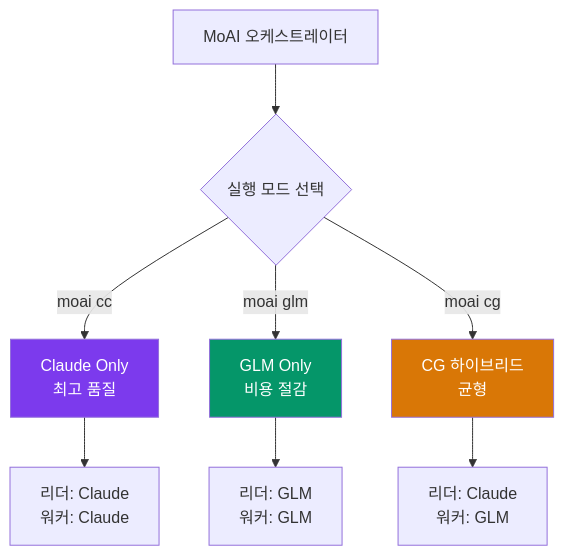
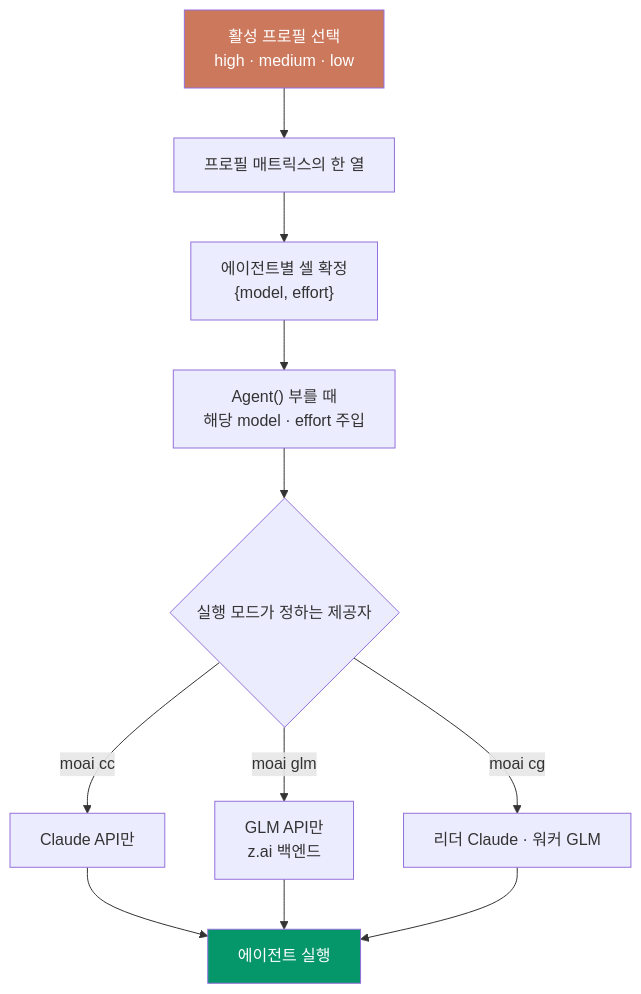
Before and after one commit to modu-ai/moai-adk: the diagram in docs-site/content/ko/multi-llm/_index.md, drawn with Mermaid. The commit also changed other lines of this file and 4 other files, not shown here.

````diff
--- a/docs-site/content/ko/multi-llm/_index.md
+++ b/docs-site/content/ko/multi-llm/_index.md
@@ -61,15 +127,16 @@
 ```mermaid
-graph TD
-    A["MoAI 오케스트레이터"] --> B{"실행 모드 선택"}
-    B -->|"moai cc"| C["Claude Only<br/>최고 품질"]
-    B -->|"moai glm"| D["GLM Only<br/>비용 절감"]
-    B -->|"moai cg"| E["CG 하이브리드<br/>균형"]
+flowchart TD
+    A["활성 프로필 선택<br/>high · medium · low"] --> B["프로필 매트릭스의 한 열"]
+    B --> C["에이전트별 셀 확정<br/>{model, effort}"]
+    C --> D["Agent() 부를 때<br/>해당 model · effort 주입"]
+    D --> E{"실행 모드가 정하는 제공자"}
+    E -->|"moai cc"| F["Claude API만"]
+    E -->|"moai glm"| G["GLM API만<br/>z.ai 백엔드"]
+    E -->|"moai cg"| H["리더 Claude · 워커 GLM"]
+    F --> I["에이전트 실행"]
+    G --> I
+    H --> I
 
-    C --> F["리더: Claude<br/>워커: Claude"]
-    D --> G["리더: GLM<br/>워커: GLM"]
-    E --> H["리더: Claude<br/>워커: GLM"]
-
-    style C fill:#7C3AED,color:#fff
-    style D fill:#059669,color:#fff
-    style E fill:#D97706,color:#fff
+    style A fill:#cc785c,color:#fff
+    style I fill:#059669,color:#fff
 ```
````
